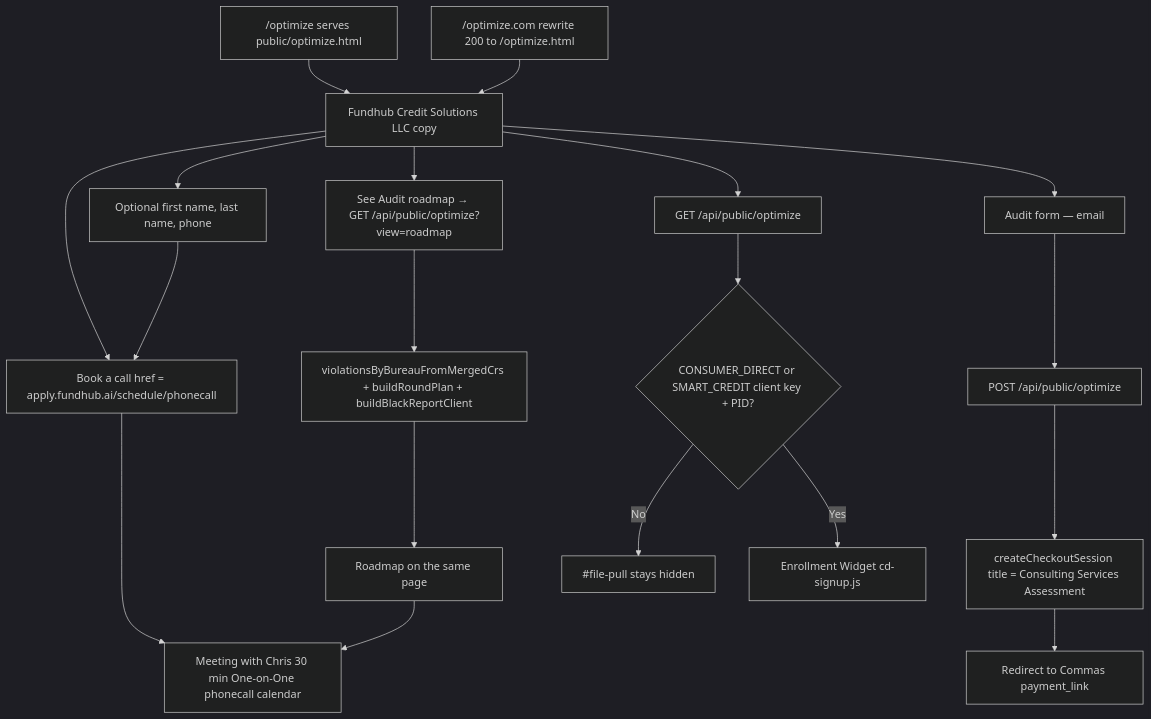
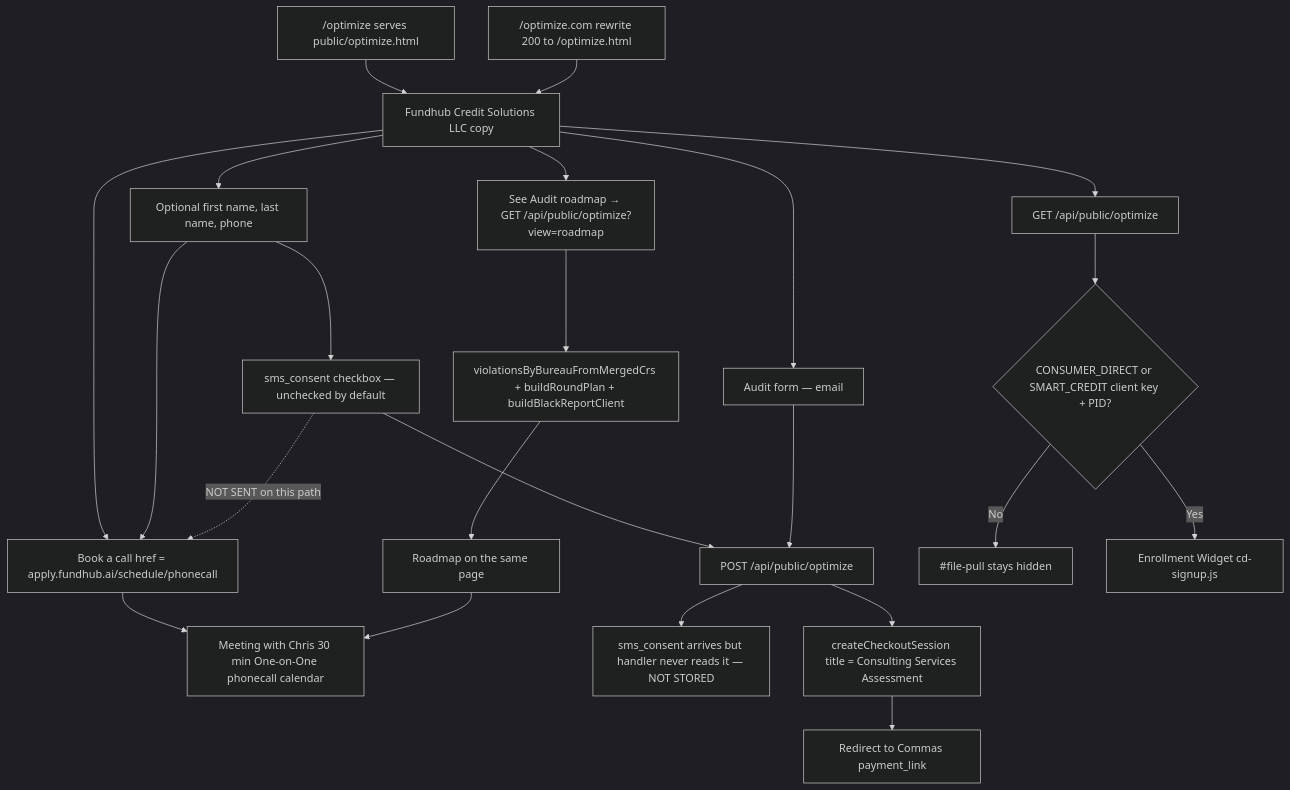
One commit to ZootimusMaximusSupreme/Fundhub_ai changed the diagram in docs/journeys/optimize-actual.md. Above: the diagram before and after it, drawn with Mermaid (dark theme). The commit also changed other lines of this file and 2 other files, not shown here.

First line of the commit message:
Rebuild /optimize on the funnel form system, and give it SMS consent.

````diff
--- a/docs/journeys/optimize-actual.md
+++ b/docs/journeys/optimize-actual.md
@@ -5,21 +5,25 @@
 ```mermaid
 flowchart TD
     PRETTY["/optimize serves public/optimize.html"] --> PAGE[Fundhub Credit Solutions LLC copy]
     REWRITE["/optimize.com rewrite 200 to /optimize.html"] --> PAGE
     PAGE --> FIELDS[Optional first name, last name, phone]
+    FIELDS --> CONSENT["sms_consent checkbox — unchecked by default"]
     PAGE --> BTN["Book a call href = apply.fundhub.ai/schedule/phonecall"]
     FIELDS --> BTN
+    CONSENT -.->|"NOT SENT on this path"| BTN
     BTN --> CAL[Meeting with Chris 30 min One-on-One phonecall calendar]
     PAGE --> AUDIT[Audit form — email]
+    CONSENT --> POST
     AUDIT --> POST["POST /api/public/optimize"]
+    POST --> DROP["sms_consent arrives but handler never reads it — NOT STORED"]
     POST --> KEEP["createCheckoutSession title = Consulting Services Assessment"]
     KEEP --> PAY[Redirect to Commas payment_link]
     PAGE --> GET["GET /api/public/optimize"]
     GET --> GATE{CONSUMER_DIRECT or SMART_CREDIT client key + PID?}
     PAGE --> MAP["See Audit roadmap → GET /api/public/optimize?view=roadmap"]
     MAP --> BRAIN["violationsByBureauFromMergedCrs + buildRoundPlan + buildBlackReportClient"]
     BRAIN --> PLAN["Roadmap on the same page"]
     PLAN --> CAL
     GATE -->|No| HIDE["#file-pull stays hidden"]
     GATE -->|Yes| WIDGET["Enrollment Widget cd-signup.js"]
 ```
````
